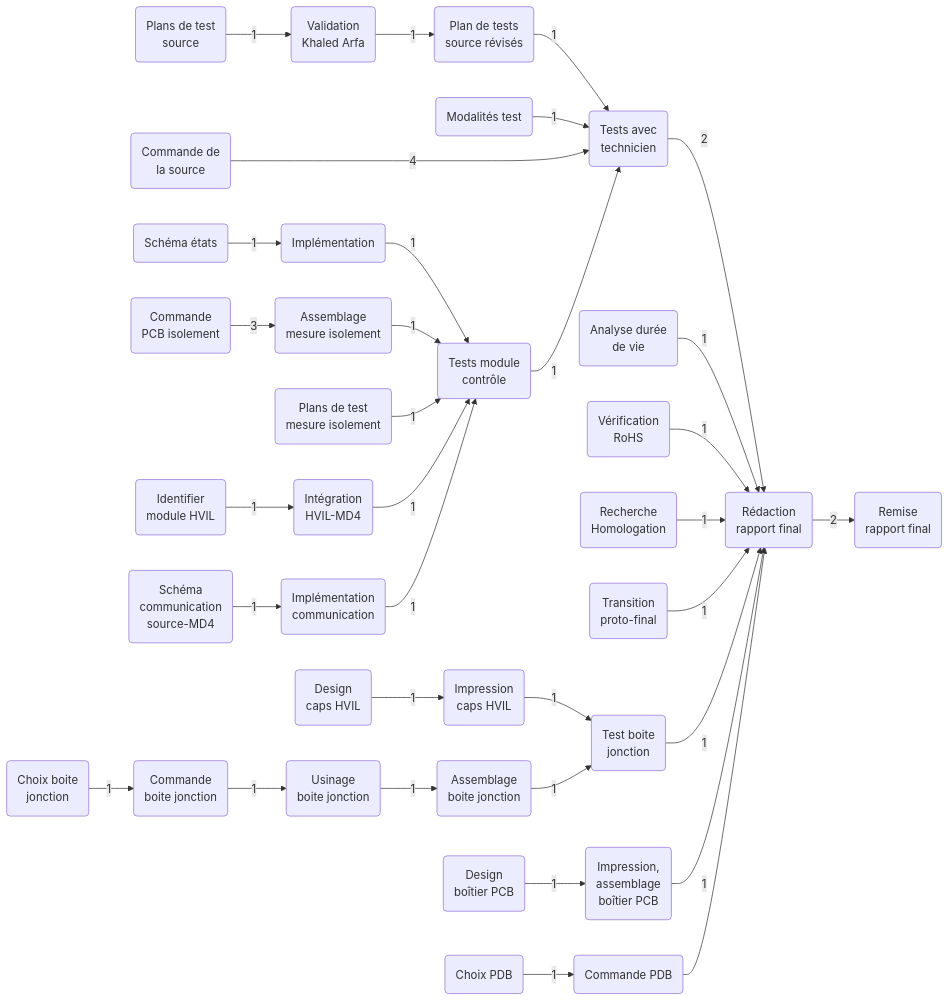
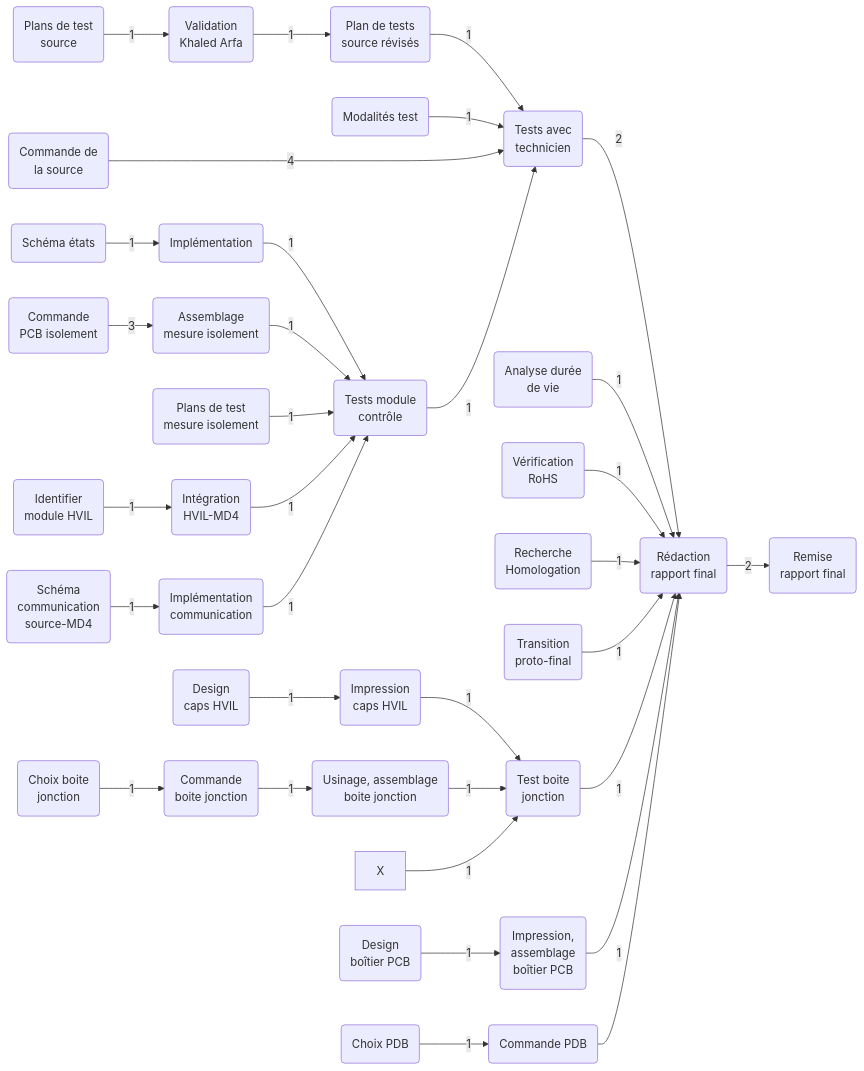
One commit to felax/OUTILLAGE changed the first of 4 diagrams in README.md. Above: the diagram before and after it, drawn with Mermaid.

````diff
--- a/README.md
+++ b/README.md
@@ -2,40 +2,40 @@
 ``` mermaid
 graph LR
     A(Plans de test<br>source) --> |1| B(Validation<br>Khaled Arfa)
     B --> |1| C(Plan de tests <br>source révisés)
     C --> |1| D(Tests avec<br>technicien)
     E(Modalités test) --> |1| D
     F(Commande de <br>la source) ----> |4| D
     D --> |2| G
 
     H(Analyse durée<br>de vie) --> |1| G(Rédaction <br> rapport final)
     I(Vérification<br>RoHS) --> |1| G
     J(Recherche <br> Homologation) --> |1| G
     K(Transition <br> proto-final) --> |1| G
 
     L(Schéma états) --> |1| M(Implémentation)
     M --> |1| N(Tests module <br> contrôle)
     N --> |1| D
     g(Commande <br> PCB isolement) -->|3| O
     O(Assemblage <br> mesure isolement) --> |1| N
     P(Plans de test <br> mesure isolement) --> |1| N
     Q(Identifier <br> module HVIL) --> |1| R(Intégration <br> HVIL-MD4)
     R --> |1| N
     S(Schéma <br> communication <br> source-MD4) --> |1| T(Implémentation <br> communication)
     T --> |1| N
 
     U(Design <br> caps HVIL) --> |1| V(Impression <br> caps HVIL)
     V --> |1| Y(Test boite <br> jonction)
-    W(Usinage <br> boite jonction) --> |1| X(Assemblage <br> boite jonction)
+    W(Usinage, assemblage <br> boite jonction) --> |1| Y
     e(Choix boite <br>jonction) --> |1| f(Commande <br> boite jonction)
     f --> |1| W
     X --> |1| Y
     Y --> |1| G
 
     Z(Design <br> boîtier PCB) --> |1| a(Impression, <br> assemblage <br> boîtier PCB)
     a --> |1| G
     b(Choix PDB) --> |1| c(Commande PDB)
     c --> G
 
     G --> |2| d(Remise <br> rapport final)
 ```
````
